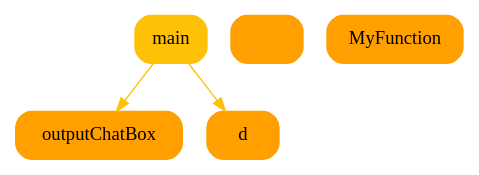
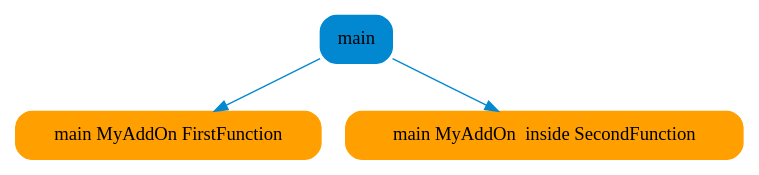
The diagram in kur/assets/func_calls.dot (SmartPhoneJava/compiler-design), drawn with Graphviz before and after one commit. The commit also changed 11 other files, not shown here.

```diff
--- a/kur/assets/func_calls.dot
+++ b/kur/assets/func_calls.dot
@@ -1,10 +1,8 @@
 digraph G {
-	"main"->"outputChatBox"[ color="#ffc107" ];
-	"main"->"d"[ color="#ffc107" ];
-	"" [ color="#ffa000", shape="box", style="rounded,filled" ];
-	"MyFunction" [ color="#ffa000", shape="box", style="rounded,filled" ];
-	"d" [ color="#ffa000", shape="box", style="rounded,filled" ];
-	"main" [ color="#ffc107", shape="box", style="rounded,filled" ];
-	"outputChatBox" [ color="#ffa000", shape="box", style="rounded,filled" ];
+	"main"->"main MyAddOn FirstFunction"[ color="#0288d1" ];
+	"main"->"main MyAddOn  inside SecondFunction"[ color="#0288d1" ];
+	"main MyAddOn  inside SecondFunction" [ color="#ffa000", shape="box", style="rounded,filled" ];
+	"main MyAddOn FirstFunction" [ color="#ffa000", shape="box", style="rounded,filled" ];
+	"main" [ color="#0288d1", shape="box", style="rounded,filled" ];
 
 }
```
